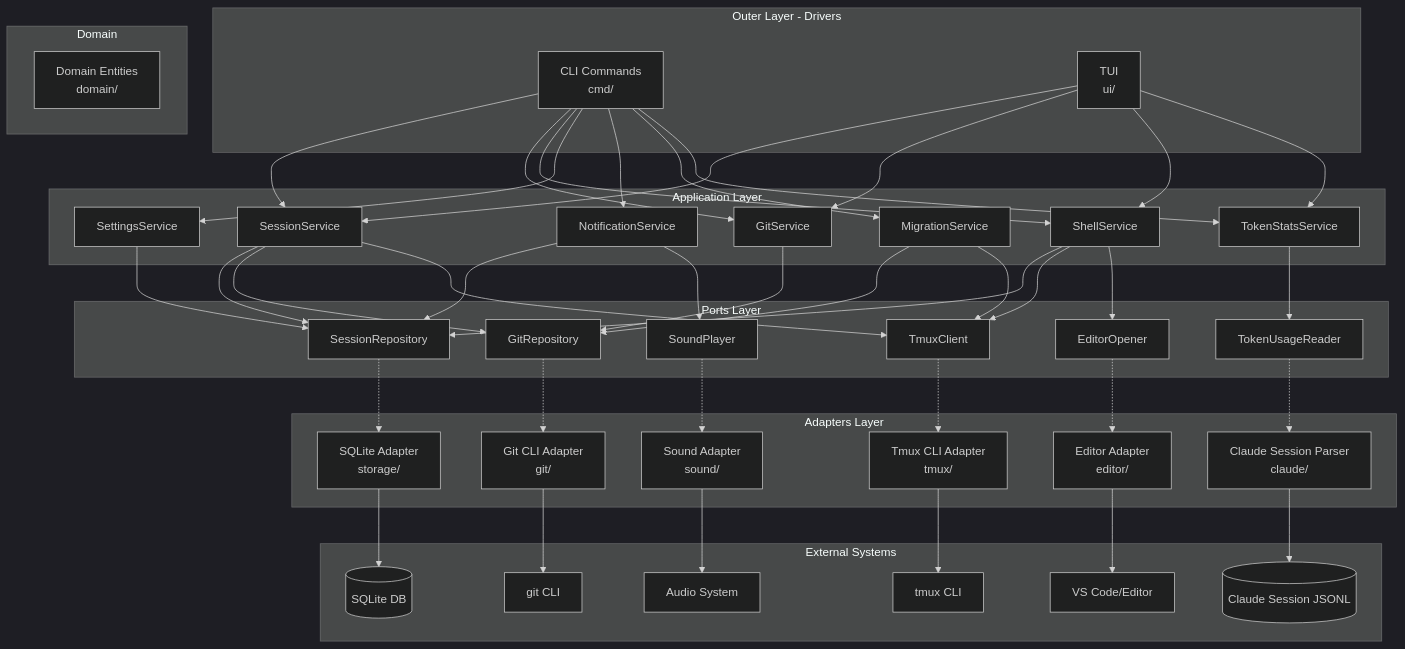
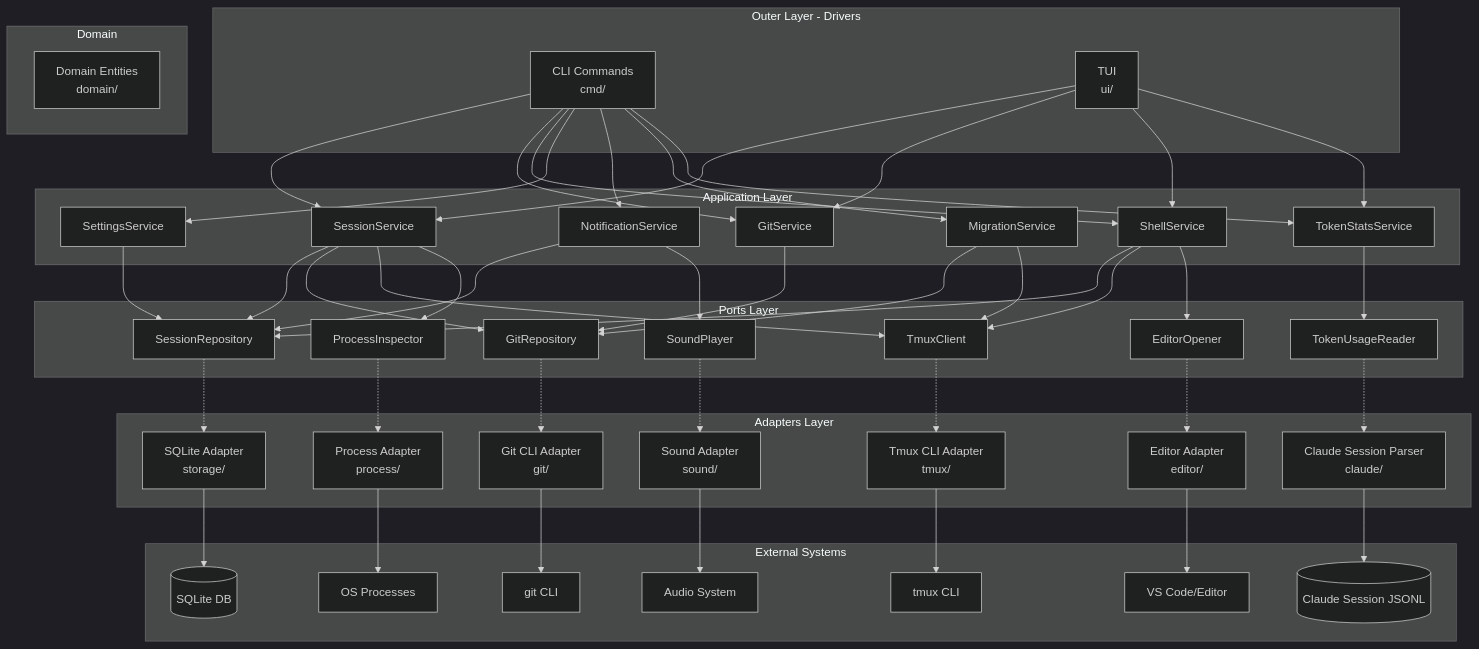
One commit to renato0307/rocha changed the first of 4 diagrams in ARCHITECTURE.md. Above: the diagram before and after it, drawn with Mermaid (dark theme). The commit also changed other lines of this file and 3 other files, not shown here.

````diff
--- a/ARCHITECTURE.md
+++ b/ARCHITECTURE.md
@@ -31,6 +31,7 @@
         TC[TmuxClient]
         EO[EditorOpener]
         SP[SoundPlayer]
+        PI[ProcessInspector]
         TUR[TokenUsageReader]
     end
 
@@ -40,6 +41,7 @@
         TMUXCLI[Tmux CLI Adapter<br/>tmux/]
         EDITOR[Editor Adapter<br/>editor/]
         SOUND[Sound Adapter<br/>sound/]
+        PROCESS[Process Adapter<br/>process/]
         CLAUDE[Claude Session Parser<br/>claude/]
     end
 
@@ -49,6 +51,7 @@
         TMUX[tmux CLI]
         VSCODE[VS Code/Editor]
         AUDIO[Audio System]
+        OS[OS Processes]
         JSONL[(Claude Session JSONL)]
     end
 
@@ -67,6 +70,7 @@
     SS --> SR
     SS --> GR
     SS --> TC
+    SS --> PI
     GS --> GR
     SHS --> SR
     SHS --> TC
@@ -83,6 +87,7 @@
     TC -.-> TMUXCLI
     EO -.-> EDITOR
     SP -.-> SOUND
+    PI -.-> PROCESS
     TUR -.-> CLAUDE
 
     SQLITE --> DB
@@ -90,5 +95,6 @@
     TMUXCLI --> TMUX
     EDITOR --> VSCODE
     SOUND --> AUDIO
+    PROCESS --> OS
     CLAUDE --> JSONL
 ```
````
